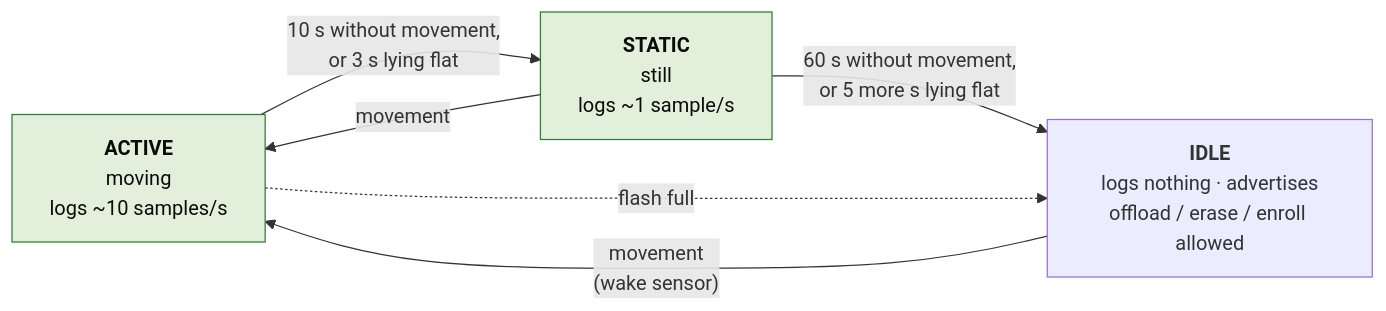
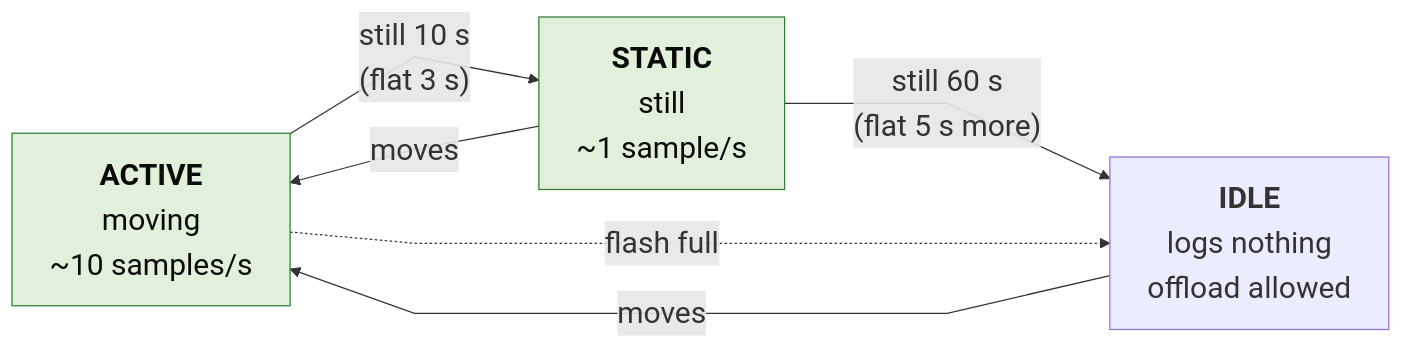
The first of 3 diagrams in docs/SOP.md (Jamie215/HULC_motionshirt), drawn with Mermaid before and after one commit. The commit also changed other lines of this file and 2 other files, not shown here.

````diff
--- a/docs/SOP.md
+++ b/docs/SOP.md
@@ -76,13 +76,14 @@
 ```mermaid
+%%{init: {"themeVariables": {"fontSize": "24px"}, "flowchart": {"curve": "linear", "nodeSpacing": 30, "rankSpacing": 110}}}%%
 flowchart LR
-    A["<b>ACTIVE</b><br/>moving<br/>logs ~10 samples/s"]
-    S["<b>STATIC</b><br/>still<br/>logs ~1 sample/s"]
-    I["<b>IDLE</b><br/>logs nothing · advertises<br/>offload / erase / enroll allowed"]
-    A -- "10 s without movement,<br/>or 3 s lying flat" --> S
-    S -- "movement" --> A
-    S -- "60 s without movement,<br/>or 5 more s lying flat" --> I
-    I -- "movement<br/>(wake sensor)" --> A
+    A["<b>ACTIVE</b><br/>moving<br/>~10 samples/s"]
+    S["<b>STATIC</b><br/>still<br/>~1 sample/s"]
+    I["<b>IDLE</b><br/>logs nothing<br/>offload allowed"]
+    A -- "still 10 s<br/>(flat 3 s)" --> S
+    S -- "moves" --> A
+    S -- "still 60 s<br/>(flat 5 s more)" --> I
+    I -- "moves" --> A
     A -. "flash full" .-> I
     classDef rec fill:#E2EFDA,stroke:#2E7D32,color:#0B0B0B
     class A,S rec
 ```
````
